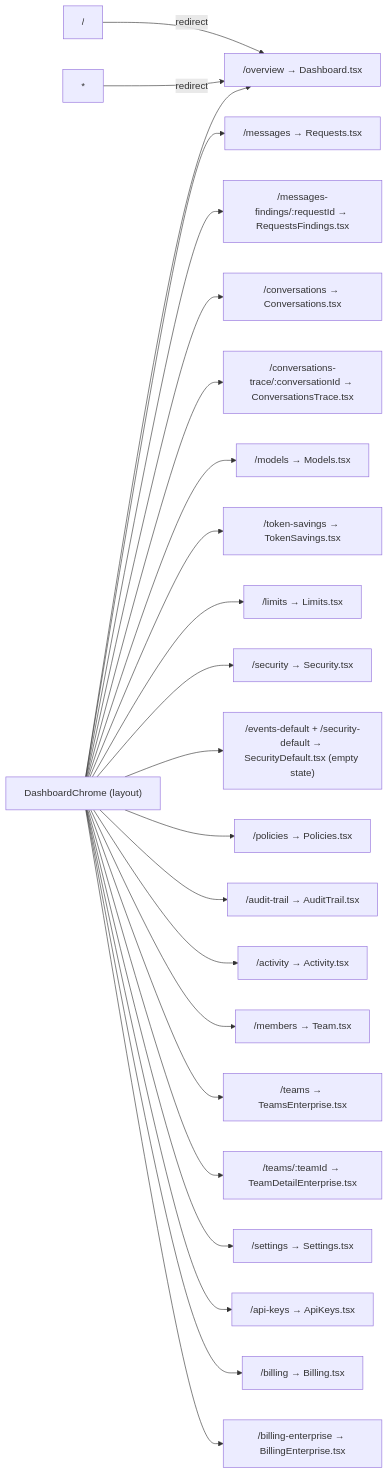
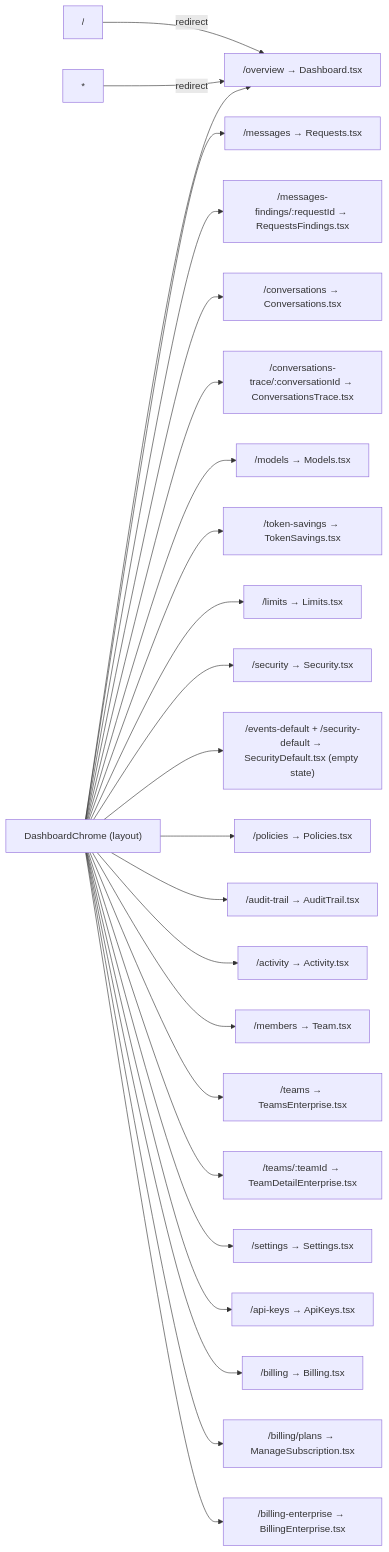
One commit to Neoneue/gate-ai-build changed the first of 5 diagrams in data-model.md. Above: the diagram before and after it, drawn with Mermaid. The commit also changed other lines of this file and 14 other files, not shown here.

First line of the commit message:
feat(billing): replace the plan dialog with a Manage subscription page

````diff
--- a/data-model.md
+++ b/data-model.md
@@ -31,28 +31,29 @@
 ```mermaid
 graph LR
     ROOT["/"] -->|redirect| OV
     WILD["*"] -->|redirect| OV
 
     LAYOUT["DashboardChrome (layout)"]
 
     LAYOUT --> OV["/overview → Dashboard.tsx"]
     LAYOUT --> REQ["/messages → Requests.tsx"]
     LAYOUT --> REQF["/messages-findings/:requestId → RequestsFindings.tsx"]
     LAYOUT --> CONV["/conversations → Conversations.tsx"]
     LAYOUT --> CONVT["/conversations-trace/:conversationId → ConversationsTrace.tsx"]
     LAYOUT --> MOD["/models → Models.tsx"]
     LAYOUT --> TOK["/token-savings → TokenSavings.tsx"]
     LAYOUT --> LIM["/limits → Limits.tsx"]
     LAYOUT --> SEC["/security → Security.tsx"]
     LAYOUT --> SECDEF["/events-default + /security-default → SecurityDefault.tsx (empty state)"]
     LAYOUT --> POL["/policies → Policies.tsx"]
     LAYOUT --> AUD["/audit-trail → AuditTrail.tsx"]
     LAYOUT --> ACT["/activity → Activity.tsx"]
     LAYOUT --> TEAM["/members → Team.tsx"]
     LAYOUT --> TEAMS["/teams → TeamsEnterprise.tsx"]
     LAYOUT --> TEAMD["/teams/:teamId → TeamDetailEnterprise.tsx"]
     LAYOUT --> SET["/settings → Settings.tsx"]
     LAYOUT --> KEYS["/api-keys → ApiKeys.tsx"]
     LAYOUT --> BILL["/billing → Billing.tsx"]
+    LAYOUT --> PLANS["/billing/plans → ManageSubscription.tsx"]
     LAYOUT --> BILLENT["/billing-enterprise → BillingEnterprise.tsx"]
 ```
````
